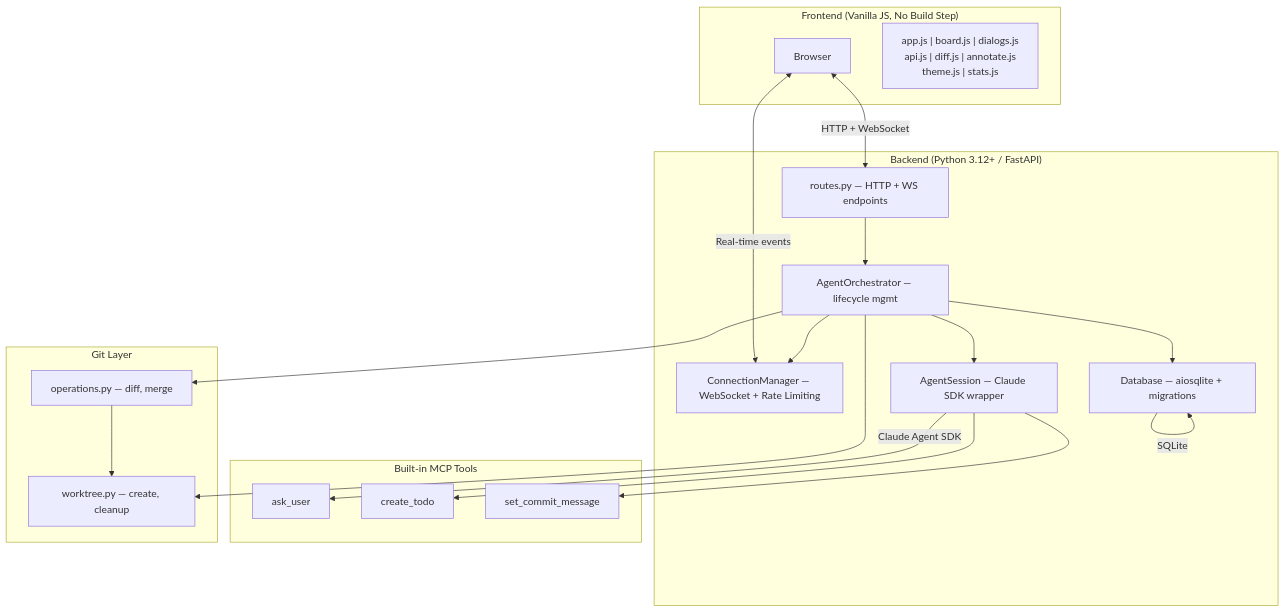
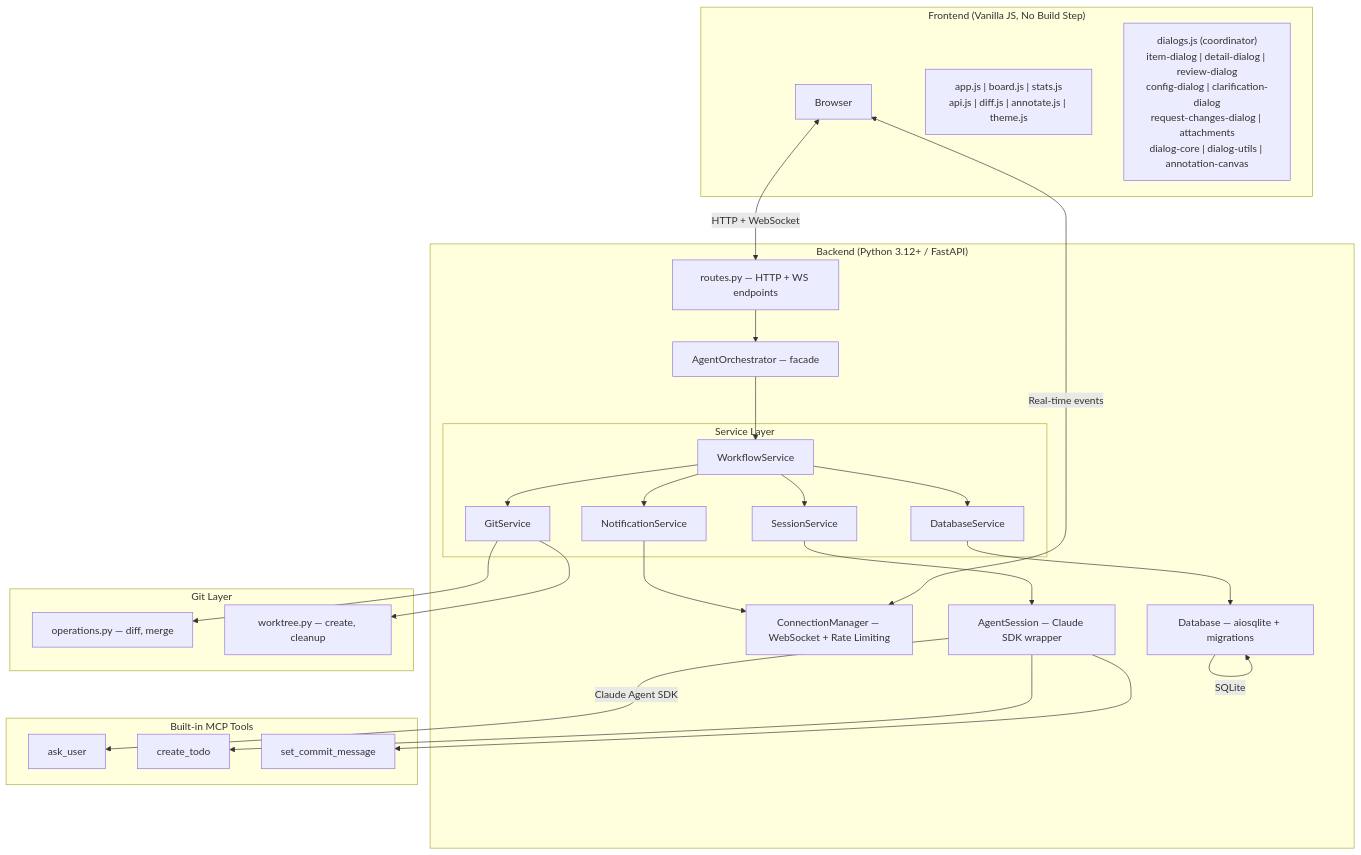
One commit to epatel/claude-agents-dashboard changed the second of 4 diagrams in README.md. Above: the diagram before and after it, drawn with Mermaid. The commit also changed other lines of this file and 2 other files, not shown here.

Commit message:
Update ASSESSMENT_CODE.md, README.md, and CLAUDE.md for service layer and dialog modularization

````diff
--- a/README.md
+++ b/README.md
@@ -97,40 +97,52 @@
 ```mermaid
 graph TB
     subgraph Frontend["Frontend (Vanilla JS, No Build Step)"]
         Browser["Browser"]
-        JS["app.js | board.js | dialogs.js<br/>api.js | diff.js | annotate.js<br/>theme.js | stats.js"]
+        JS["app.js | board.js | stats.js<br/>api.js | diff.js | annotate.js | theme.js"]
+        Dlg["dialogs.js (coordinator)<br/>item-dialog | detail-dialog | review-dialog<br/>config-dialog | clarification-dialog<br/>request-changes-dialog | attachments<br/>dialog-core | dialog-utils | annotation-canvas"]
     end
 
     subgraph Backend["Backend (Python 3.12+ / FastAPI)"]
         Routes["routes.py — HTTP + WS endpoints"]
         WSMgr["ConnectionManager — WebSocket + Rate Limiting"]
-        Orch["AgentOrchestrator — lifecycle mgmt"]
+        Orch["AgentOrchestrator — facade"]
+        subgraph Svc["Service Layer"]
+            WF["WorkflowService"]
+            DBS["DatabaseService"]
+            NS["NotificationService"]
+            GS["GitService"]
+            SS["SessionService"]
+        end
         Sess["AgentSession — Claude SDK wrapper"]
         DB["Database — aiosqlite + migrations"]
     end
 
     subgraph MCP["Built-in MCP Tools"]
         Ask["ask_user"]
         TodoTool["create_todo"]
         CommitTool["set_commit_message"]
     end
 
     subgraph GitLayer["Git Layer"]
         GitOps["operations.py — diff, merge"]
         WT["worktree.py — create, cleanup"]
     end
 
     Browser <-->|"HTTP + WebSocket"| Routes
     Routes --> Orch
-    Orch --> Sess
-    Orch --> DB
-    Orch --> GitOps
-    Orch --> WT
-    Orch --> WSMgr
+    Orch --> WF
+    WF --> DBS
+    WF --> GS
+    WF --> NS
+    WF --> SS
+    SS --> Sess
+    DBS --> DB
+    NS --> WSMgr
     WSMgr <-->|"Real-time events"| Browser
     Sess -->|"Claude Agent SDK"| Ask
     Sess --> TodoTool
     Sess --> CommitTool
     DB -->|SQLite| DB
-    GitOps --> WT
+    GS --> GitOps
+    GS --> WT
 ```
````
